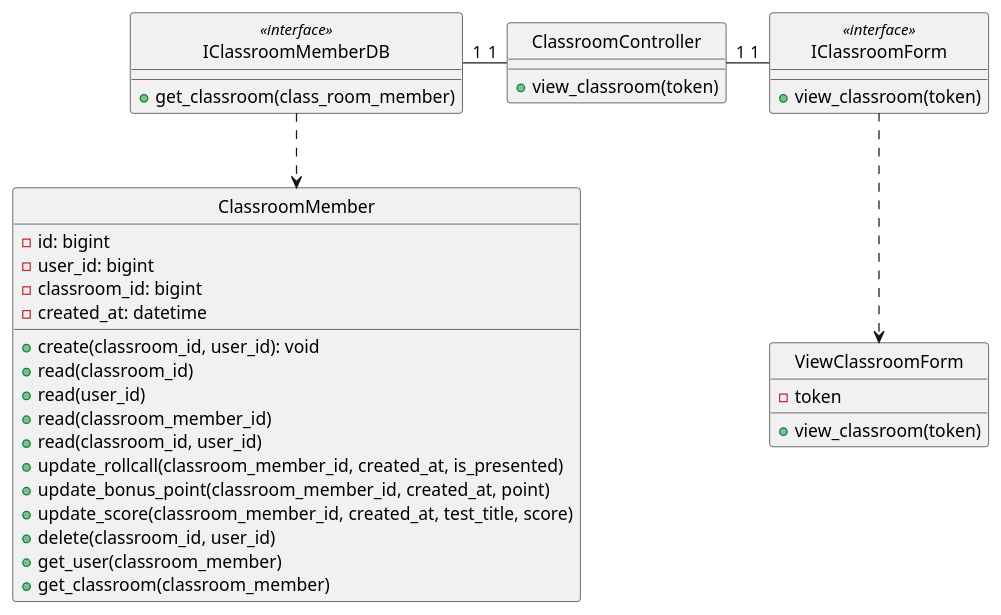
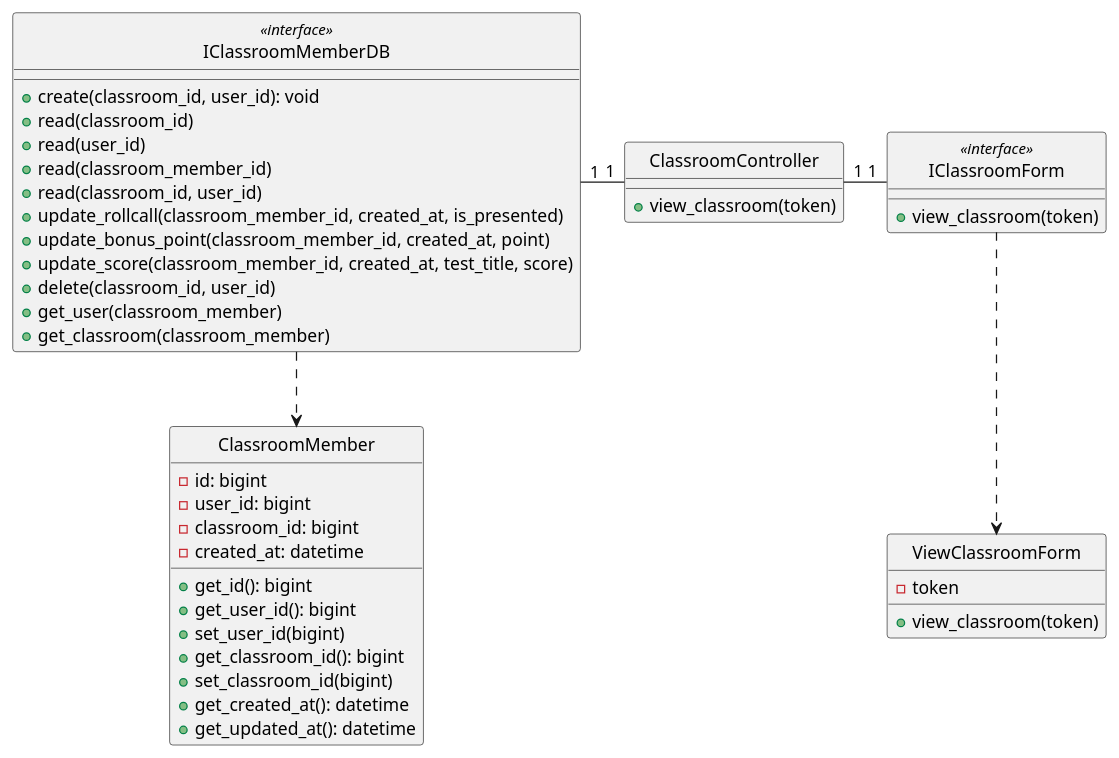
Before and after one commit to anonyhostvn/OOAD-Diagram: the diagram in class - design/classroom/viewClass.plantuml, drawn with PlantUML. The commit also changed 3 other files, not shown here.

```diff
--- a/class - design/classroom/viewClass.plantuml
+++ b/class - design/classroom/viewClass.plantuml
@@ -1,52 +1,58 @@
 @startuml updateClass
 
 class ClassroomMember {
     - id: bigint
     - user_id: bigint
     - classroom_id: bigint
     - created_at: datetime
 
+    + get_id(): bigint
+    + get_user_id(): bigint
+    + set_user_id(bigint)
+    + get_classroom_id(): bigint
+    + set_classroom_id(bigint)
+    + get_created_at(): datetime
+    + get_updated_at(): datetime
+}
+
+class IClassroomMemberDB <<interface>> {
     + create(classroom_id, user_id): void
     + read(classroom_id)
     + read(user_id)
     + read(classroom_member_id)
     + read(classroom_id, user_id)
     + update_rollcall(classroom_member_id, created_at, is_presented)
     + update_bonus_point(classroom_member_id, created_at, point)
     + update_score(classroom_member_id, created_at, test_title, score)
     + delete(classroom_id, user_id)
     + get_user(classroom_member)
     + get_classroom(classroom_member)
-}
-
-class IClassroomMemberDB <<interface>> {
-    + get_classroom(class_room_member)
 }
 
 class ViewClassroomForm {
     - token
 
     + view_classroom(token)
 }
 
 class IClassroomForm <<interface>> {
     + view_classroom(token)
 }
 
 class ClassroomController {
     + view_classroom(token)
 }
 
 hide ClassroomMember circle
 hide IClassroomMemberDB <<interface>> circle
 hide ViewClassroomForm circle
 hide IClassroomForm <<interface>> circle
 hide ClassroomController circle
 
 IClassroomMemberDB -down.> ClassroomMember
 IClassroomForm .down.> ViewClassroomForm
 ClassroomController "1"-left-"1" IClassroomMemberDB
 IClassroomForm "1"-left-"1" ClassroomController
 
 
 @enduml
```
